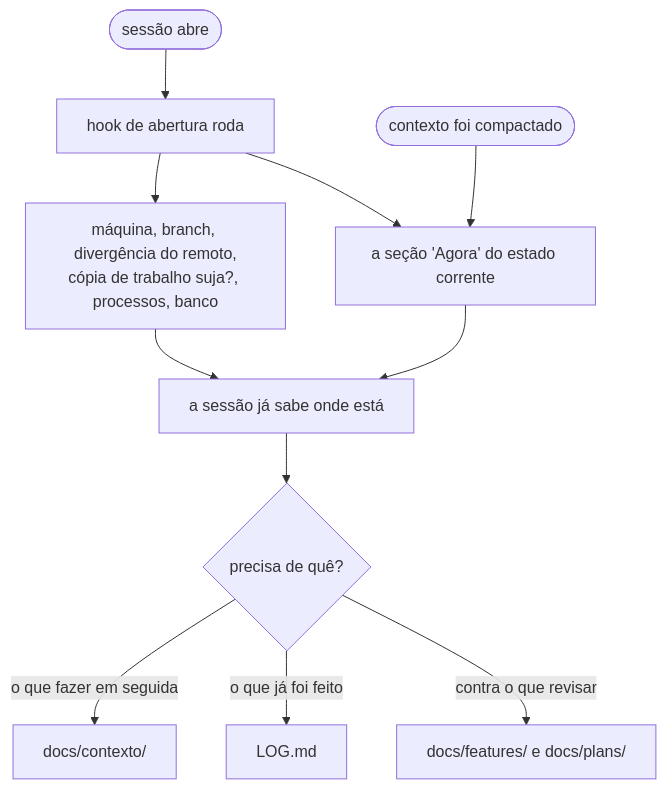
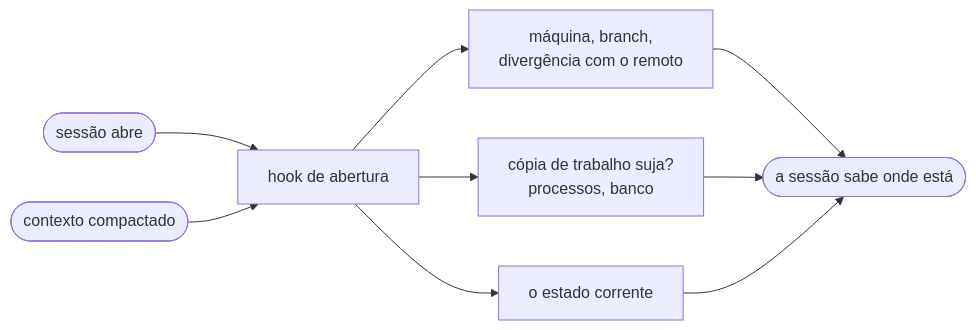
One commit to andrenv14/sofia-agents changed the second of 4 diagrams in README.md. Above: the diagram before and after it, drawn with Mermaid. The commit also changed other lines of this file, not shown here.

First line of the commit message:
diagramas no esquema da vitrine: quatro pequenos, um assunto cada

````diff
--- a/README.md
+++ b/README.md
@@ -97,13 +97,11 @@
 ```mermaid
-flowchart TB
-    ABRE(["sessão abre"]) --> HOOK["hook de abertura roda"]
-    HOOK --> EST["máquina, branch, divergência do remoto,<br/>cópia de trabalho suja?, processos, banco"]
-    HOOK --> AGORA["a seção 'Agora' do estado corrente"]
-    EST --> SESSAO["a sessão já sabe onde está"]
+flowchart LR
+    ABRE(["sessão abre"]) --> HOOK["hook de abertura"]
+    COMPACTA(["contexto compactado"]) --> HOOK
+    HOOK --> ONDE["máquina, branch,<br/>divergência com o remoto"]
+    HOOK --> SUJO["cópia de trabalho suja?<br/>processos, banco"]
+    HOOK --> AGORA["o estado corrente"]
+    ONDE --> SESSAO(["a sessão sabe onde está"])
+    SUJO --> SESSAO
     AGORA --> SESSAO
-    COMPACTA(["contexto foi compactado"]) --> AGORA
-    SESSAO --> LE{"precisa de quê?"}
-    LE -->|"o que fazer em seguida"| FILA["docs/contexto/"]
-    LE -->|"o que já foi feito"| LOG["LOG.md"]
-    LE -->|"contra o que revisar"| SPEC["docs/features/ e docs/plans/"]
 ```
````
